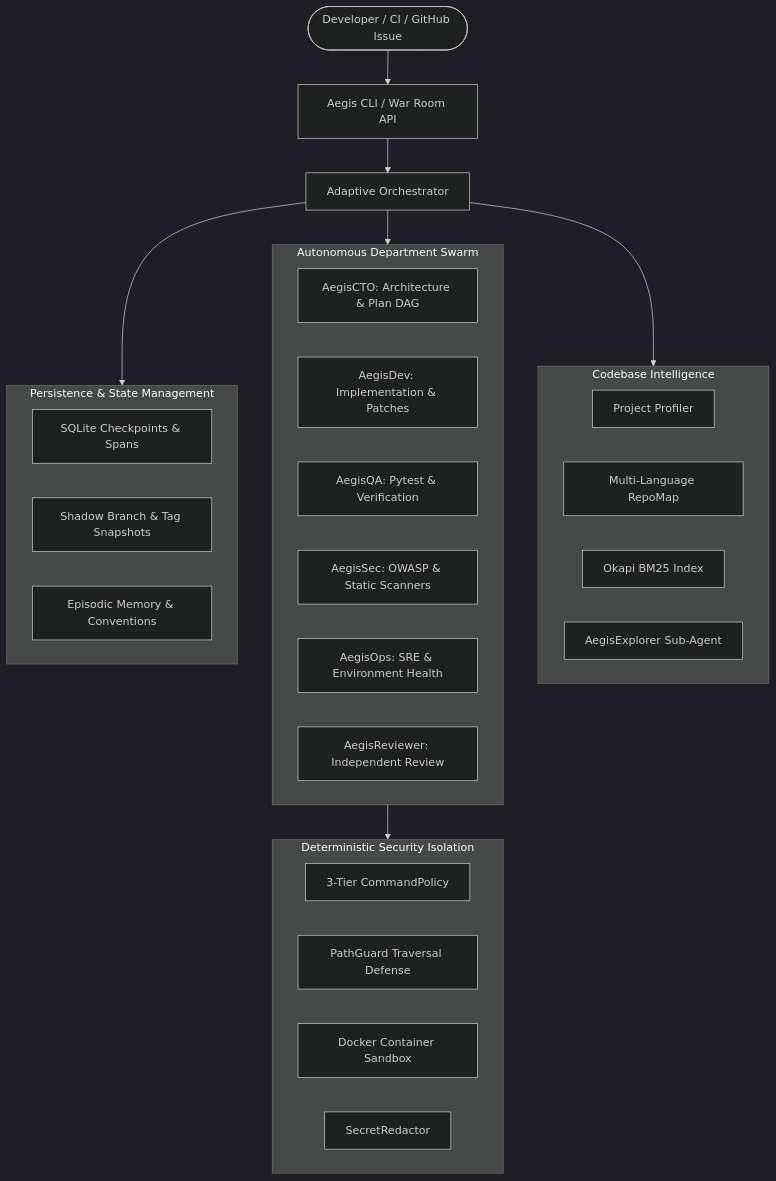
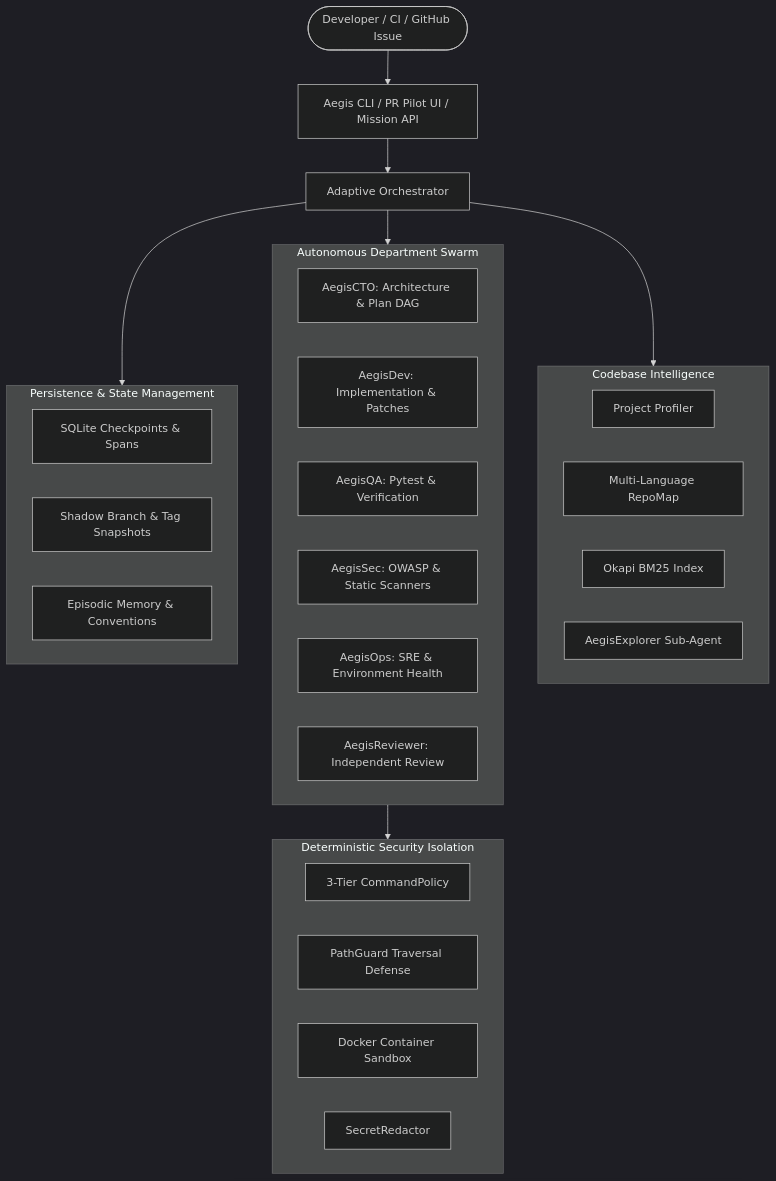
The first of 3 diagrams in docs/ARCHITECTURE.md (saicharan-r02/AegisOS), drawn with Mermaid (dark theme) before and after one commit. The commit also changed other lines of this file, not shown here.

Commit message:
docs(architecture): document web/ and generated static/

````diff
--- a/docs/ARCHITECTURE.md
+++ b/docs/ARCHITECTURE.md
@@ -9,39 +9,39 @@
 ```mermaid
 graph TD
-    User([Developer / CI / GitHub Issue]) --> CLI[Aegis CLI / War Room API]
+    User([Developer / CI / GitHub Issue]) --> CLI[Aegis CLI / PR Pilot UI / Mission API]
     CLI --> Supervisor[Adaptive Orchestrator]
 
     subgraph IntelligencePlane [Codebase Intelligence]
         Profiler[Project Profiler]
         RepoMap[Multi-Language RepoMap]
         BM25[Okapi BM25 Index]
         Explorer[AegisExplorer Sub-Agent]
     end
 
     subgraph AgentSwarm [Autonomous Department Swarm]
         CTO[AegisCTO: Architecture & Plan DAG]
         DEV[AegisDev: Implementation & Patches]
         QA[AegisQA: Pytest & Verification]
         SEC[AegisSec: OWASP & Static Scanners]
         OPS[AegisOps: SRE & Environment Health]
         REV[AegisReviewer: Independent Review]
     end
 
     subgraph SandboxingAndSecurity [Deterministic Security Isolation]
         Policy[3-Tier CommandPolicy]
         PathGuard[PathGuard Traversal Defense]
         DockerBox[Docker Container Sandbox]
         Redactor[SecretRedactor]
     end
 
     subgraph PersistenceAndMemory [Persistence & State Management]
         WAL[SQLite Checkpoints & Spans]
         ShadowGit[Shadow Branch & Tag Snapshots]
         MemStore[Episodic Memory & Conventions]
     end
 
     Supervisor --> IntelligencePlane
     Supervisor --> AgentSwarm
     AgentSwarm --> SandboxingAndSecurity
     Supervisor --> PersistenceAndMemory
 ```
````
